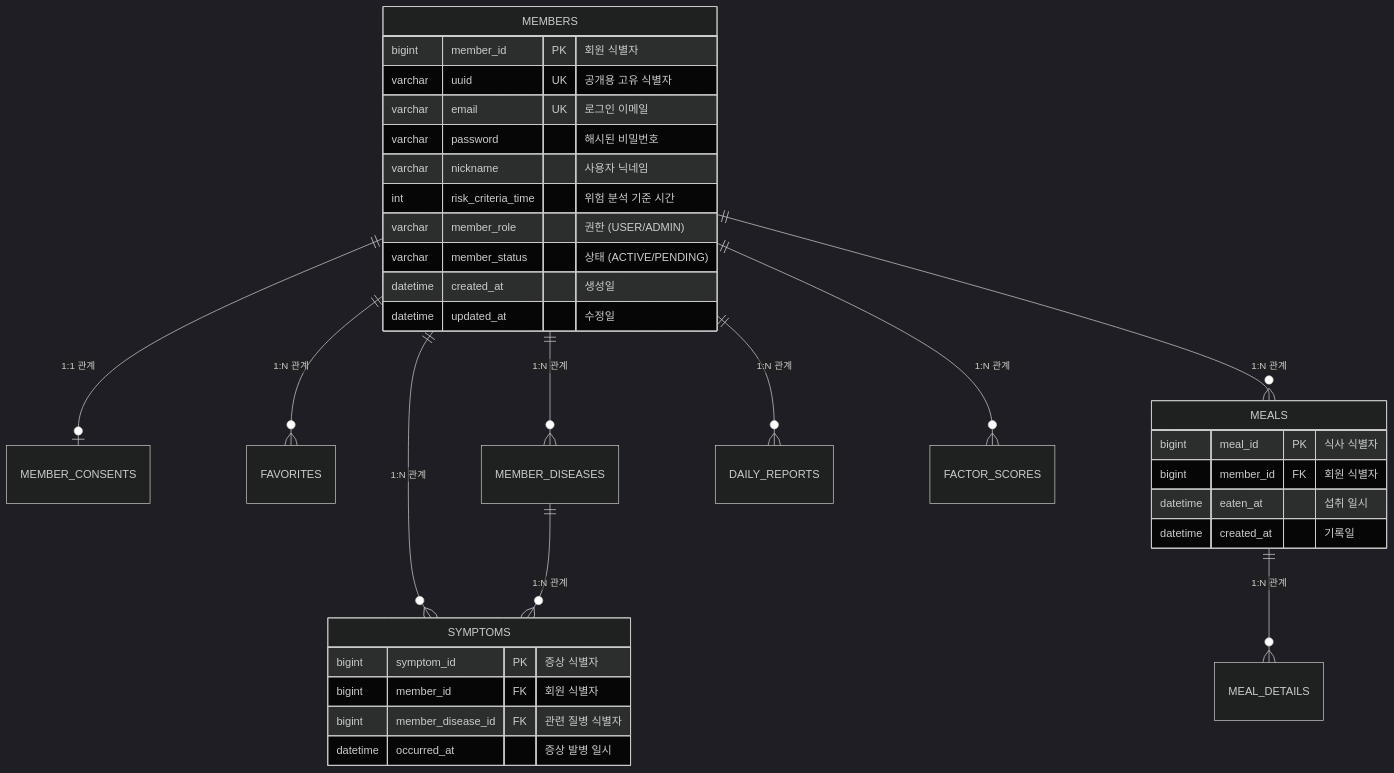
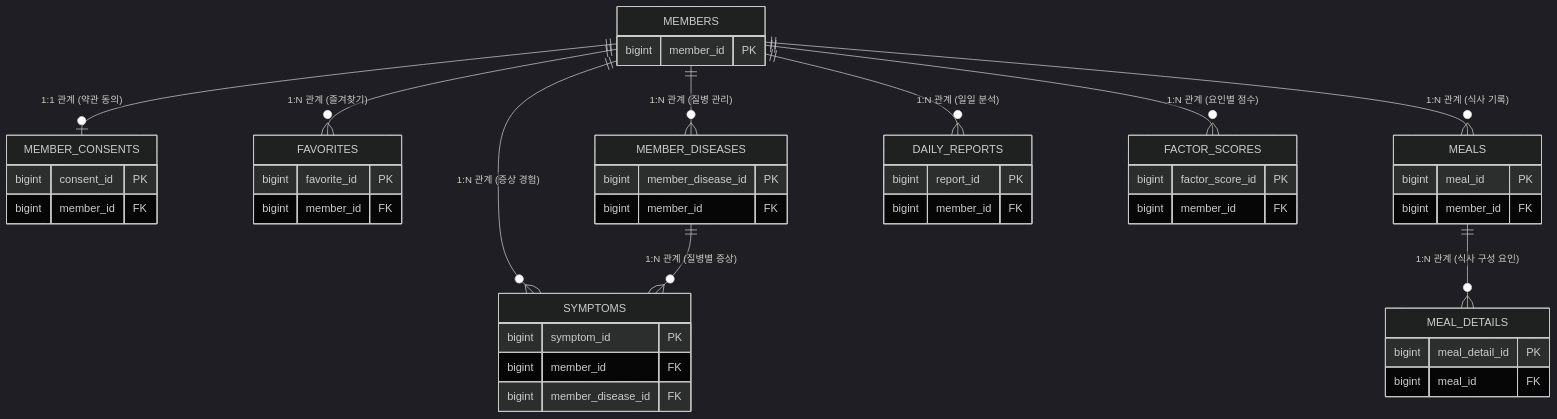
One commit to Bona-Stella/backend-docs-hub changed the diagram in welog/ERD_V1.0.md. Above: the diagram before and after it, drawn with Mermaid (dark theme). The commit also changed other lines of this file, not shown here.

````diff
--- a/welog/ERD_V1.0.md
+++ b/welog/ERD_V1.0.md
@@ -30,40 +32,56 @@
 ```mermaid
 erDiagram
-    MEMBERS ||--o| MEMBER_CONSENTS : "1:1 관계"
-    MEMBERS ||--o{ FAVORITES : "1:N 관계"
-    MEMBERS ||--o{ MEMBER_DISEASES : "1:N 관계"
-    MEMBERS ||--o{ MEALS : "1:N 관계"
-    MEMBERS ||--o{ SYMPTOMS : "1:N 관계"
-    MEMBERS ||--o{ DAILY_REPORTS : "1:N 관계"
-    MEMBERS ||--o{ FACTOR_SCORES : "1:N 관계"
+    %% [회원 관리]
+    MEMBERS ||--o| MEMBER_CONSENTS : "1:1 관계 (약관 동의)"
+    MEMBERS ||--o{ FAVORITES : "1:N 관계 (즐겨찾기)"
+    MEMBERS ||--o{ MEMBER_DISEASES : "1:N 관계 (질병 관리)"
 
-    MEALS ||--o{ MEAL_DETAILS : "1:N 관계"
-    MEMBER_DISEASES ||--o{ SYMPTOMS : "1:N 관계"
+    %% [기록 및 활동]
+    MEMBERS ||--o{ MEALS : "1:N 관계 (식사 기록)"
+    MEMBERS ||--o{ SYMPTOMS : "1:N 관계 (증상 경험)"
+    MEMBER_DISEASES ||--o{ SYMPTOMS : "1:N 관계 (질병별 증상)"
+
+    %% [분석 및 통계]
+    MEMBERS ||--o{ DAILY_REPORTS : "1:N 관계 (일일 분석)"
+    MEMBERS ||--o{ FACTOR_SCORES : "1:N 관계 (요인별 점수)"
+
+    %% [식사 상세 정보]
+    MEALS ||--o{ MEAL_DETAILS : "1:N 관계 (식사 구성 요인)"
 
     MEMBERS {
-        bigint member_id PK "회원 식별자"
-        varchar uuid UK "공개용 고유 식별자"
-        varchar email UK "로그인 이메일"
-        varchar password "해시된 비밀번호"
-        varchar nickname "사용자 닉네임"
-        int risk_criteria_time "위험 분석 기준 시간"
-        varchar member_role "권한 (USER/ADMIN)"
-        varchar member_status "상태 (ACTIVE/PENDING)"
-        datetime created_at "생성일"
-        datetime updated_at "수정일"
+        bigint member_id PK
     }
-
+    MEMBER_CONSENTS {
+        bigint consent_id PK
+        bigint member_id FK
+    }
+    FAVORITES {
+        bigint favorite_id PK
+        bigint member_id FK
+    }
+    MEMBER_DISEASES {
+        bigint member_disease_id PK
+        bigint member_id FK
+    }
     MEALS {
-        bigint meal_id PK "식사 식별자"
-        bigint member_id FK "회원 식별자"
-        datetime eaten_at "섭취 일시"
-        datetime created_at "기록일"
+        bigint meal_id PK
+        bigint member_id FK
     }
-
+    MEAL_DETAILS {
+        bigint meal_detail_id PK
+        bigint meal_id FK
+    }
     SYMPTOMS {
-        bigint symptom_id PK "증상 식별자"
-        bigint member_id FK "회원 식별자"
-        bigint member_disease_id FK "관련 질병 식별자"
-        datetime occurred_at "증상 발병 일시"
+        bigint symptom_id PK
+        bigint member_id FK
+        bigint member_disease_id FK
+    }
+    DAILY_REPORTS {
+        bigint report_id PK
+        bigint member_id FK
+    }
+    FACTOR_SCORES {
+        bigint factor_score_id PK
+        bigint member_id FK
     }
 ```
````
